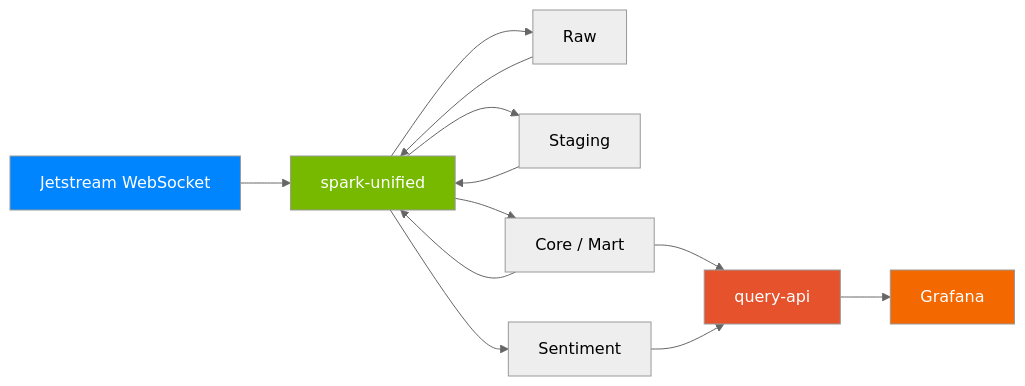
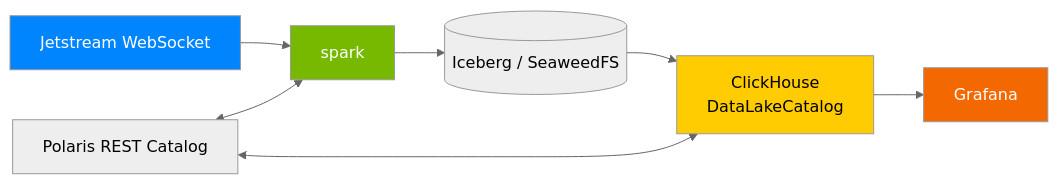
Before and after one commit to joshlizana/atomosphere: the diagram in README.md, drawn with Mermaid (neutral theme). The commit also changed other lines of this file and 19 other files, not shown here.

````diff
--- a/README.md
+++ b/README.md
@@ -11,19 +11,14 @@
 ```mermaid
 flowchart LR
-    JS[Jetstream WebSocket] --> SU[spark-unified]
-    SU --> RAW[Raw]
-    RAW --> SU
-    SU --> STG[Staging]
-    STG --> SU
-    SU --> CORE[Core / Mart]
-    CORE --> SU
-    SU --> SOUT[Sentiment]
-    CORE --> QA[query-api]
-    SOUT --> QA
-    QA --> GF[Grafana]
+    JS[Jetstream WebSocket] --> SU[spark]
+    SU --> ICE[(Iceberg / SeaweedFS)]
+    ICE --> CH[ClickHouse\nDataLakeCatalog]
+    CH --> GF[Grafana]
+    POL[Polaris REST Catalog] <--> SU
+    POL <--> CH
 
     style JS fill:#0085ff,color:#fff
     style SU fill:#76b900,color:#fff
-    style QA fill:#e6522c,color:#fff
+    style CH fill:#ffcc01,color:#000
     style GF fill:#f46800,color:#fff
 ```
````
